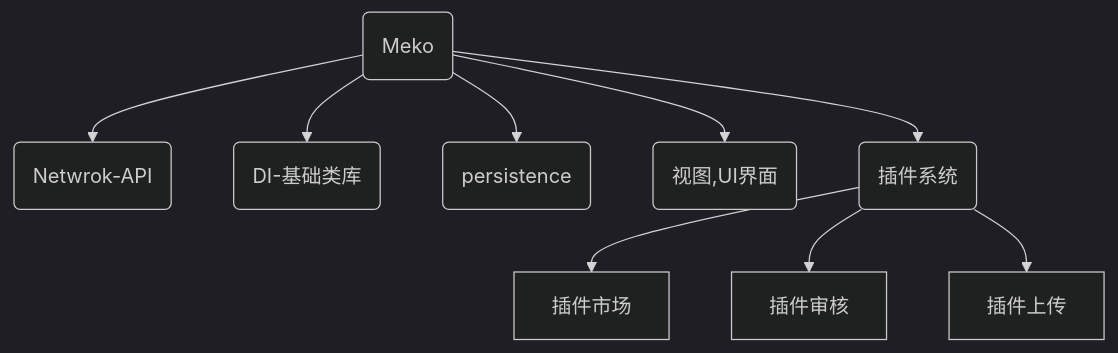
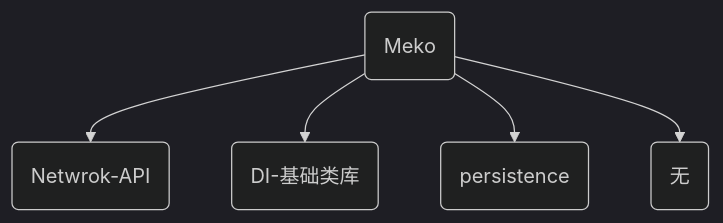
Before and after one commit to reallyGoodBaker/Meko: the diagram in README.md, drawn with Mermaid (dark theme). The commit also changed other lines of this file, not shown here.

````diff
--- a/README.md
+++ b/README.md
@@ -39,13 +36,8 @@
 ```mermaid
 graph TB
     Meko(Meko)
     Meko-->Netwrok-API(Netwrok-API)
     Meko-->DI(DI-基础类库)
     Meko-->persistence(persistence)
-    Meko-->View(视图,UI界面)
-    Meko-->Plugin(插件系统)
-
-    Plugin-->插件市场
-    Plugin-->插件审核
-    Plugin-->插件上传
+    Meko-->...(无)
 ```
````
